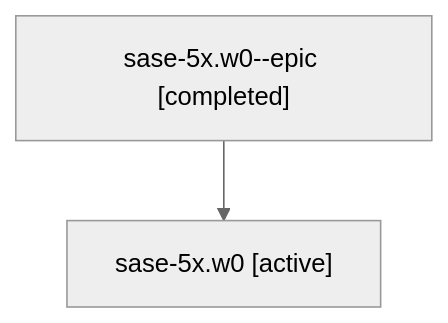
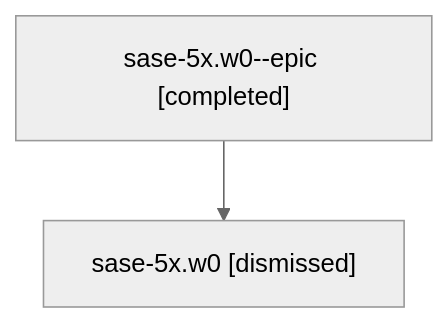
The diagram in sessions/bbugyi200.athena.sase-5x.w0.md (sase-org/sase--agents), drawn with Mermaid (neutral theme) before and after one commit. The commit also changed other lines of this file and 61 other files, not shown here.

````diff
--- a/sessions/bbugyi200.athena.sase-5x.w0.md
+++ b/sessions/bbugyi200.athena.sase-5x.w0.md
@@ -9,6 +9,6 @@
 ```mermaid
 flowchart TD
   n0["sase-5x.w0--epic [completed]"]
-  n1["sase-5x.w0 [active]"]
+  n1["sase-5x.w0 [dismissed]"]
   n0 --> n1
 ```
````
